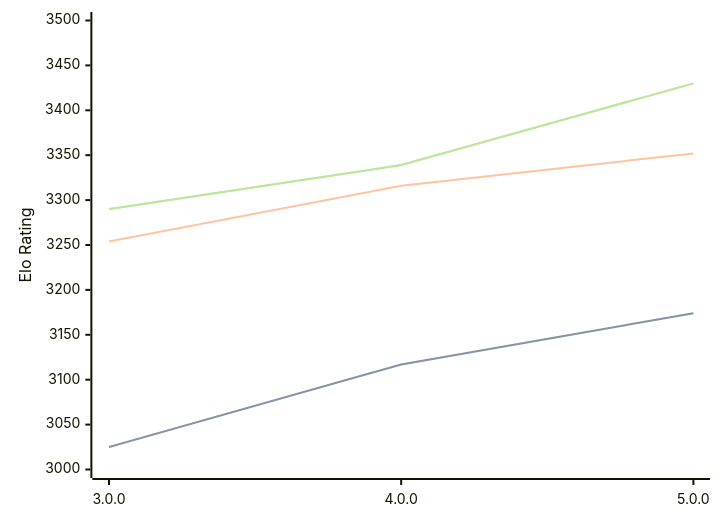
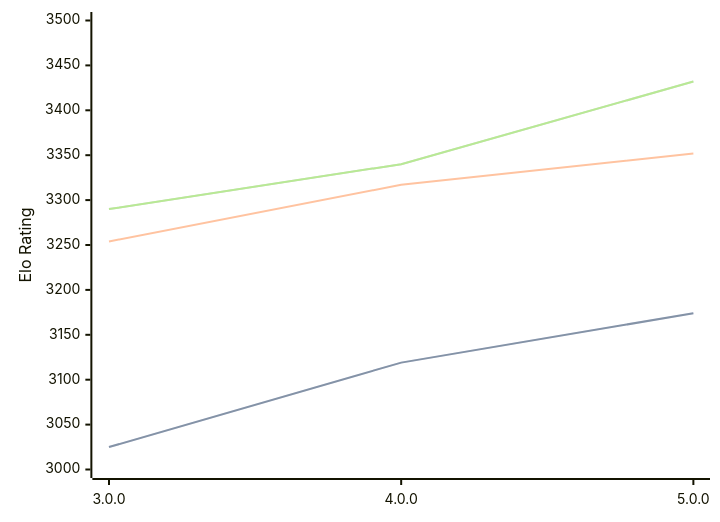
Before and after one commit to computer-chess-index/cci: the diagram in engines/Minke.md, drawn with Mermaid. The commit also changed other lines of this file, not shown here.

Commit message:
Update CCI Ratings (ELO VLTC) - 2026-03-02

````diff
--- a/engines/Minke.md
+++ b/engines/Minke.md
@@ -33,11 +33,11 @@
 ```mermaid
 %%{init: {"theme":"base","themeVariables":{"seriesColors:['#a3a3a3','#222221','#faa371']}}}%%
 xychart-beta
   x-axis ["3.0.0", "4.0.0", "5.0.0"]
   y-axis "Elo Rating" 3000 --> 3500
-  line "STC (8.0+0.08s)" [3025, 3117, 3174]
-  line "STC (8.0+0.08s)" [3025, 3117, 3174]
-  line "LTC (60.0+0.60s)" [3254, 3316, 3352]
-  line "VLTC (2m24s+1.12s)" [3290, 3339, 3430]
-  line "VLTC (2m24s+1.12s)" [3290, 3339, 3430]
+  line "STC (8.0+0.08s)" [3025, 3119, 3174]
+  line "STC (8.0+0.08s)" [3025, 3119, 3174]
+  line "LTC (60.0+0.60s)" [3254, 3317, 3352]
+  line "VLTC (2m24s+1.12s)" [3290, 3340, 3432]
+  line "VLTC (2m24s+1.12s)" [3290, 3340, 3432]
 ```
````
